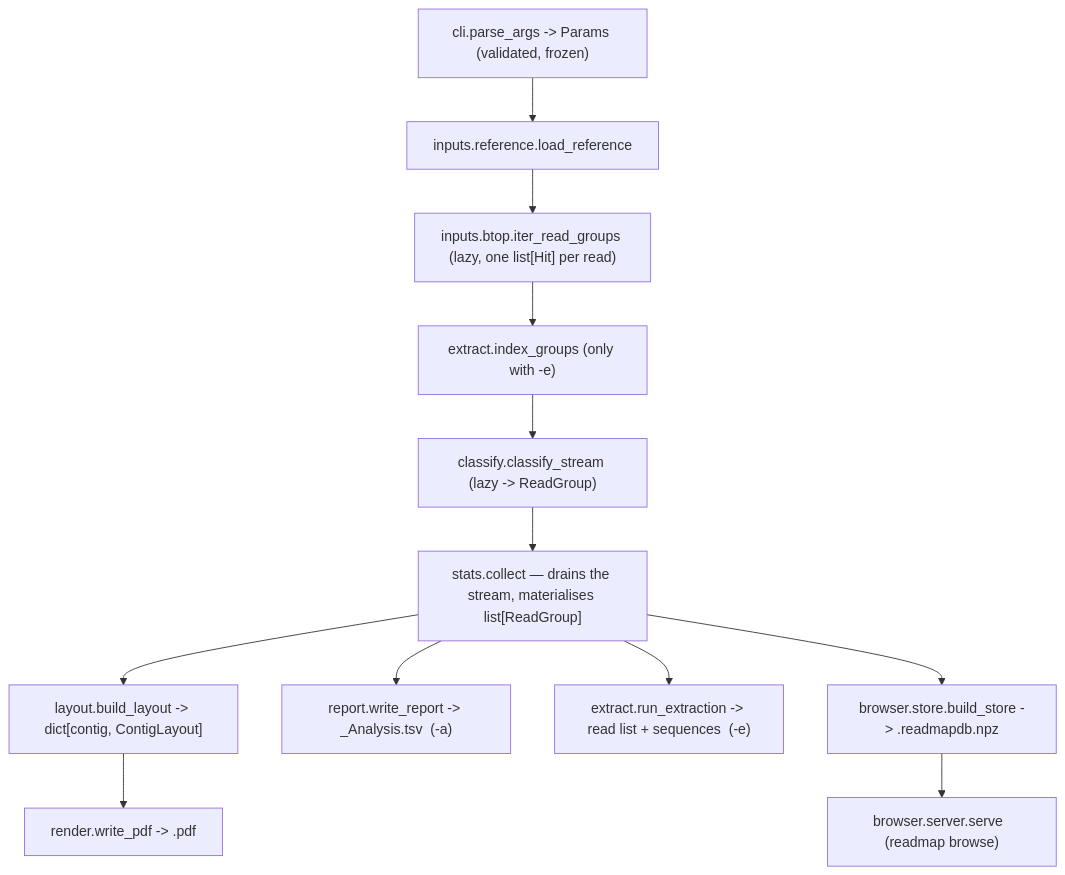
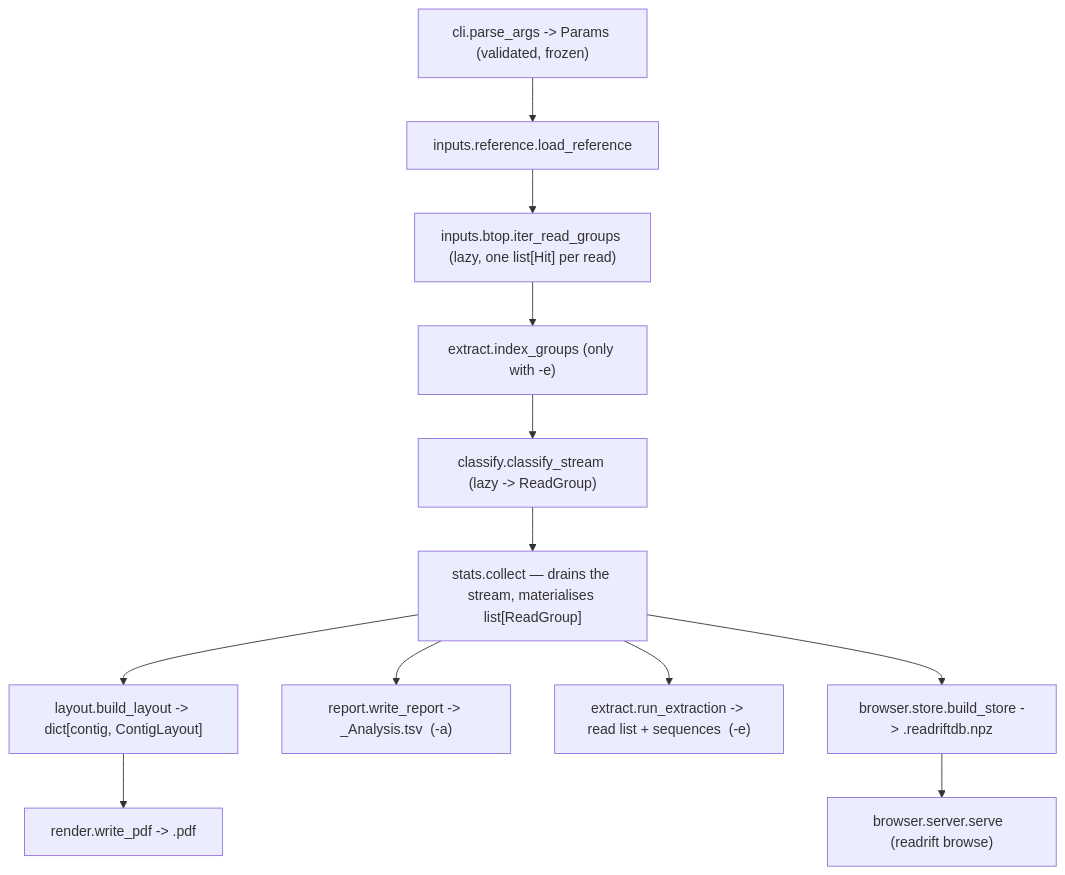
One commit to skovgaard-ole/readmap changed the diagram in code_structure.md. Above: the diagram before and after it, drawn with Mermaid. The commit also changed other lines of this file and 74 other files, not shown here.

````diff
--- a/code_structure.md
+++ b/code_structure.md
@@ -95,14 +95,14 @@
 ```mermaid
 flowchart TD
     A["cli.parse_args -> Params (validated, frozen)"] --> B["inputs.reference.load_reference"]
     B --> C["inputs.btop.iter_read_groups (lazy, one list[Hit] per read)"]
     C --> D["extract.index_groups (only with -e)"]
     D --> E["classify.classify_stream (lazy -> ReadGroup)"]
     E --> F["stats.collect — drains the stream, materialises list[ReadGroup]"]
     F --> G["layout.build_layout -> dict[contig, ContigLayout]"]
     G --> H["render.write_pdf -> <out>.pdf"]
     F --> I["report.write_report -> <out>_Analysis.tsv  (-a)"]
     F --> J["extract.run_extraction -> read list + sequences  (-e)"]
-    F --> K["browser.store.build_store -> <out>.readmapdb.npz"]
-    K --> L["browser.server.serve  (readmap browse)"]
+    F --> K["browser.store.build_store -> <out>.readriftdb.npz"]
+    K --> L["browser.server.serve  (readrift browse)"]
 ```
````
